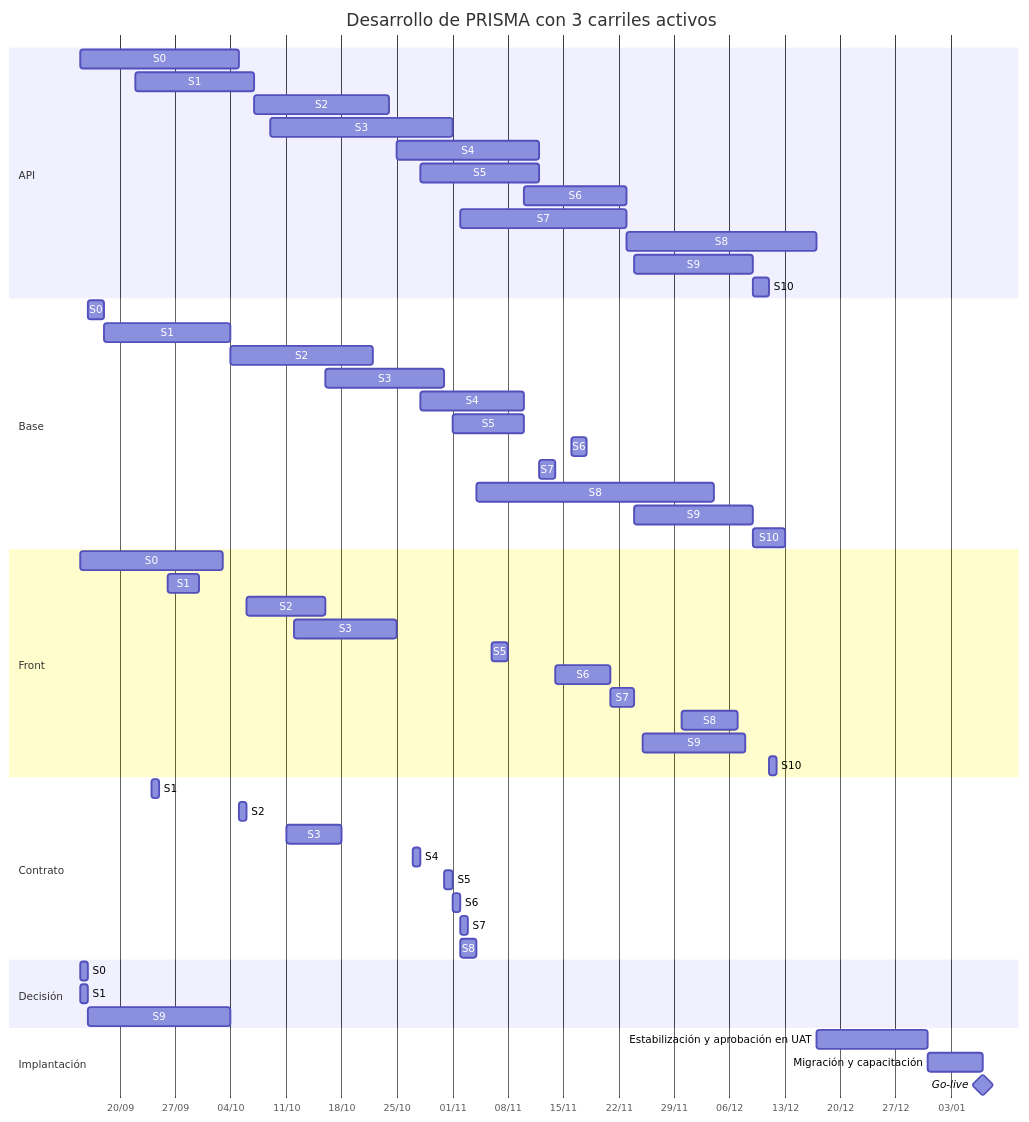
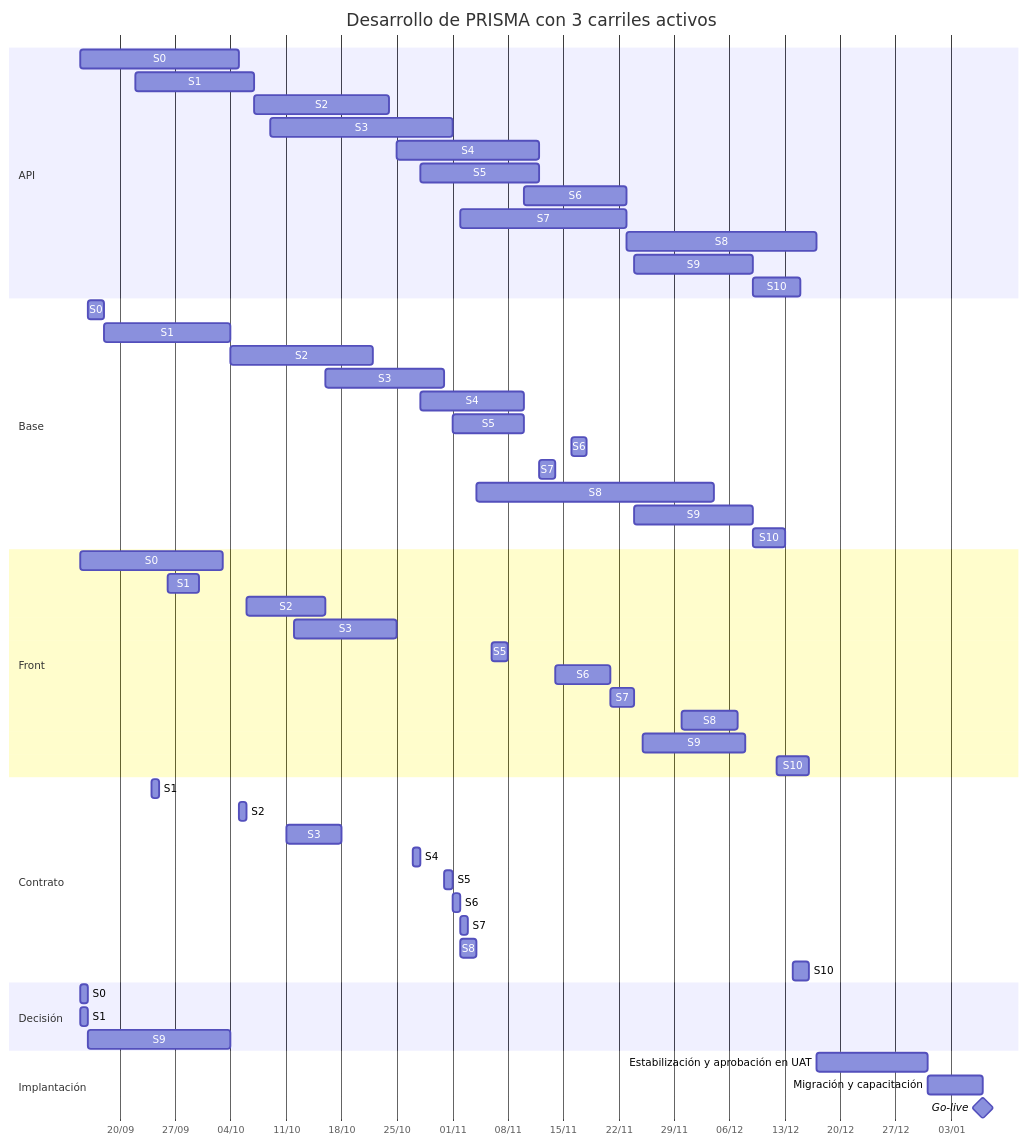
Before and after one commit to Juanchope039/Emprende-Documentation: the first of 2 diagrams in docs/08-plan-de-desarrollo.md, drawn with Mermaid. The commit also changed other lines of this file and 33 other files, not shown here.

````diff
--- a/docs/08-plan-de-desarrollo.md
+++ b/docs/08-plan-de-desarrollo.md
@@ -241,64 +241,65 @@
 ```mermaid
 gantt
     title Desarrollo de PRISMA con 3 carriles activos
     dateFormat YYYY-MM-DD
     axisFormat %d/%m
 
     section API
     S0 :api0, 2026-09-15, 2026-10-05
     S1 :api1, 2026-09-22, 2026-10-07
     S2 :api2, 2026-10-07, 2026-10-24
     S3 :api3, 2026-10-09, 2026-11-01
     S4 :api4, 2026-10-25, 2026-11-12
     S5 :api5, 2026-10-28, 2026-11-12
     S6 :api6, 2026-11-10, 2026-11-23
     S7 :api7, 2026-11-02, 2026-11-23
     S8 :api8, 2026-11-23, 2026-12-17
     S9 :api9, 2026-11-24, 2026-12-09
-    S10 :api10, 2026-12-09, 2026-12-11
+    S10 :api10, 2026-12-09, 2026-12-15
 
     section Base
     S0 :base0, 2026-09-16, 2026-09-18
     S1 :base1, 2026-09-18, 2026-10-04
     S2 :base2, 2026-10-04, 2026-10-22
     S3 :base3, 2026-10-16, 2026-10-31
     S4 :base4, 2026-10-28, 2026-11-10
     S5 :base5, 2026-11-01, 2026-11-10
     S6 :base6, 2026-11-16, 2026-11-18
     S7 :base7, 2026-11-12, 2026-11-14
     S8 :base8, 2026-11-04, 2026-12-04
     S9 :base9, 2026-11-24, 2026-12-09
     S10 :base10, 2026-12-09, 2026-12-13
 
     section Front
     S0 :front0, 2026-09-15, 2026-10-03
     S1 :front1, 2026-09-26, 2026-09-30
     S2 :front2, 2026-10-06, 2026-10-16
     S3 :front3, 2026-10-12, 2026-10-25
     S5 :front5, 2026-11-06, 2026-11-08
     S6 :front6, 2026-11-14, 2026-11-21
     S7 :front7, 2026-11-21, 2026-11-24
     S8 :front8, 2026-11-30, 2026-12-07
     S9 :front9, 2026-11-25, 2026-12-08
-    S10 :front10, 2026-12-11, 2026-12-12
+    S10 :front10, 2026-12-12, 2026-12-16
 
     section Contrato
     S1 :contrato1, 2026-09-24, 2026-09-25
     S2 :contrato2, 2026-10-05, 2026-10-06
     S3 :contrato3, 2026-10-11, 2026-10-18
     S4 :contrato4, 2026-10-27, 2026-10-28
     S5 :contrato5, 2026-10-31, 2026-11-01
     S6 :contrato6, 2026-11-01, 2026-11-02
     S7 :contrato7, 2026-11-02, 2026-11-03
     S8 :contrato8, 2026-11-02, 2026-11-04
+    S10 :contrato10, 2026-12-14, 2026-12-16
 
     section Decisión
     S0 :decisin0, 2026-09-15, 2026-09-16
     S1 :decisin1, 2026-09-15, 2026-09-16
     S9 :decisin9, 2026-09-16, 2026-10-04
 
     section Implantación
     Estabilización y aprobación en UAT :est, 2026-12-17, 2026-12-31
     Migración y capacitación :mig, 2026-12-31, 2027-01-07
     Go-live :milestone, 2027-01-07, 0d
 ```
````
